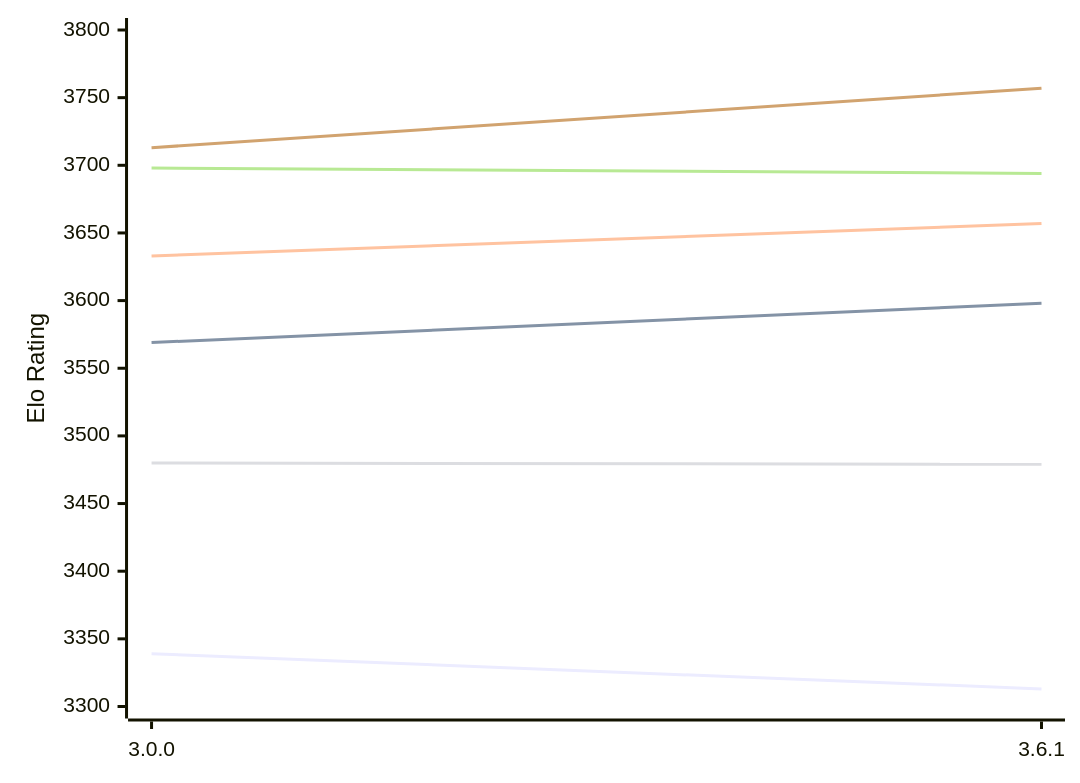
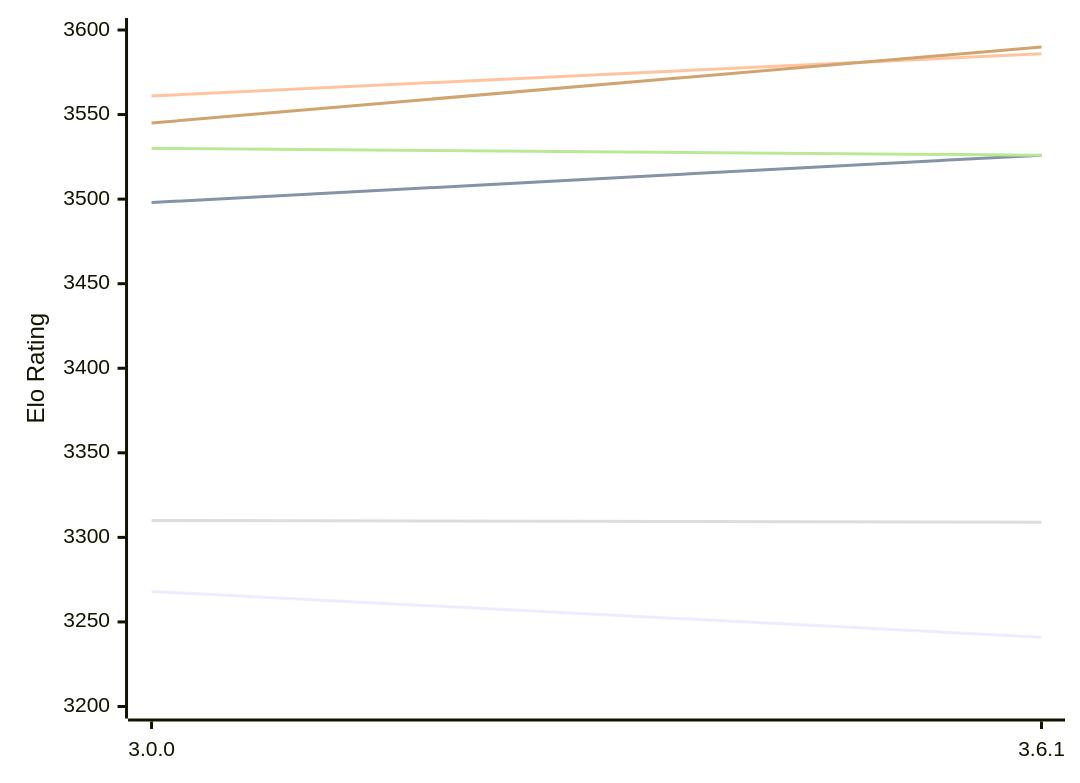
Before and after one commit to computer-chess-index/cci: the diagram in engines/Peras.md, drawn with Mermaid. The commit also changed other lines of this file, not shown here.

Commit message:
Update CCI Ratings (ELO VLTC) - 2026-11-13

````diff
--- a/engines/Peras.md
+++ b/engines/Peras.md
@@ -49,12 +49,12 @@
 ```mermaid
 %%{init: {"theme":"base","themeVariables":{"seriesColors:['#a3a3a3','#222221','#faa371']}}}%%
 xychart-beta
   x-axis ["3.0.0", "3.6.1"]
-  y-axis "Elo Rating" 3300 --> 3800
-  line "E1: STC (8.0+0.08s)" [3339, 3313]
-  line "E1: LTC (60.0+0.60s)" [3569, 3598]
-  line "E1: VLTC (2m24s+1.12s)" [3633, 3657]
-  line "P1: STC (8.0+0.08s)" [3480, 3479]
-  line "P1: LTC (60.0+0.60s)" [3698, 3694]
-  line "P1: VLTC (2m24s+1.12s)" [3713, 3757]
+  y-axis "Elo Rating" 3200 --> 3600
+  line "E1: STC (8.0+0.08s)" [3268, 3241]
+  line "E1: LTC (60.0+0.60s)" [3498, 3526]
+  line "E1: VLTC (2m24s+1.12s)" [3561, 3586]
+  line "P1: STC (8.0+0.08s)" [3310, 3309]
+  line "P1: LTC (60.0+0.60s)" [3530, 3526]
+  line "P1: VLTC (2m24s+1.12s)" [3545, 3590]
 ```
````
